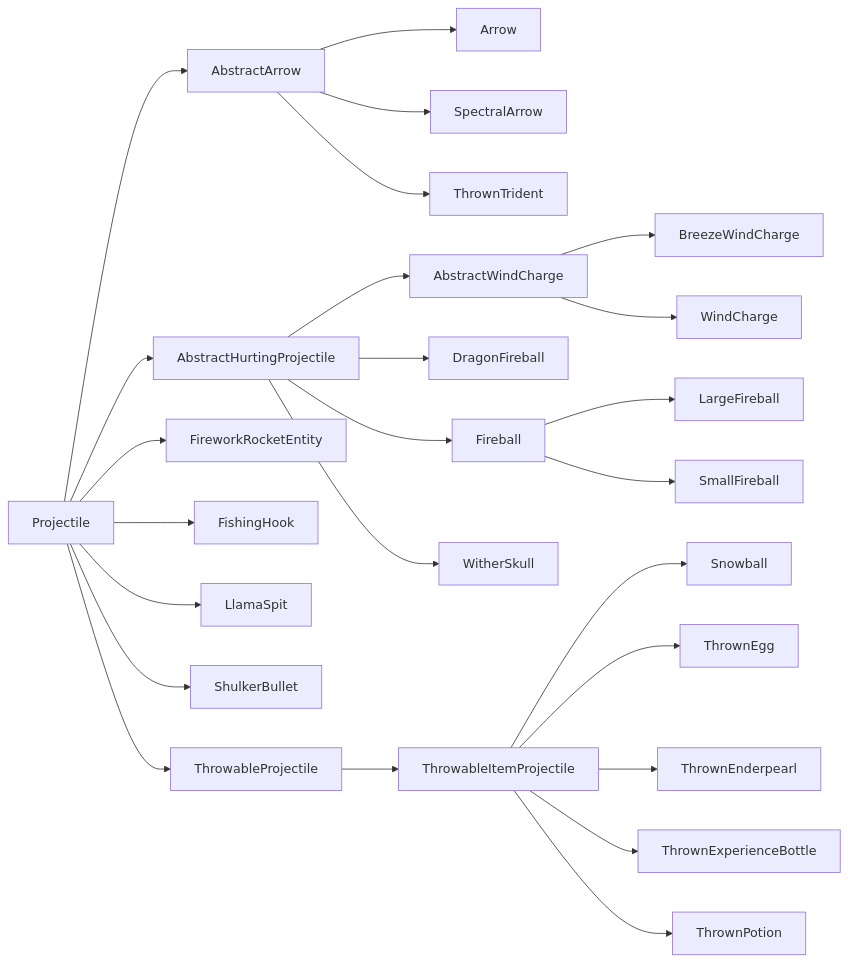
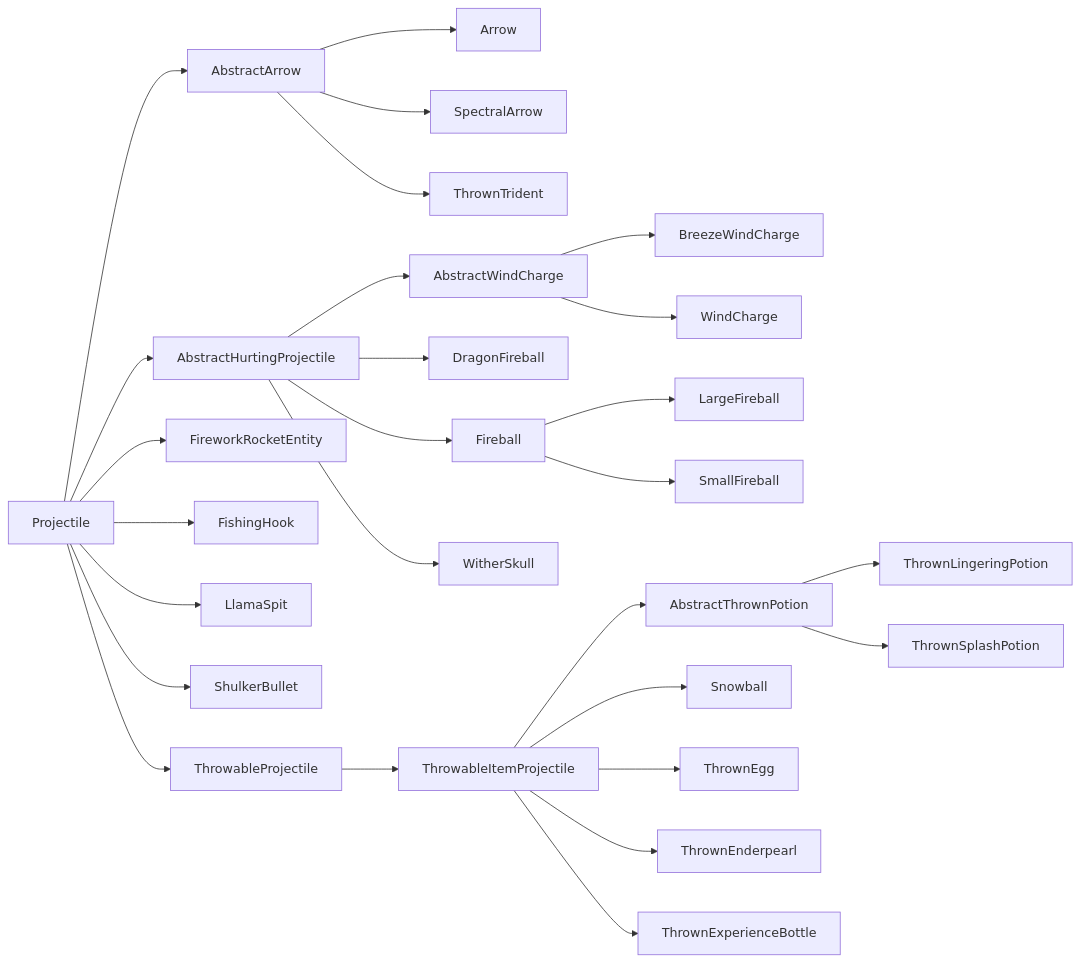
Before and after one commit to neoforged/Documentation: the second of 2 diagrams in docs/entities/index.md, drawn with Mermaid. The commit also changed other lines of this file and 135 other files, not shown here.

````diff
--- a/docs/entities/index.md
+++ b/docs/entities/index.md
@@ -389,30 +389,32 @@
 ```mermaid
 graph LR;
     Projectile-->AbstractArrow;
     AbstractArrow-->Arrow;
     AbstractArrow-->SpectralArrow;
     AbstractArrow-->ThrownTrident;
     Projectile-->AbstractHurtingProjectile;
     AbstractHurtingProjectile-->AbstractWindCharge;
     AbstractWindCharge-->BreezeWindCharge;
     AbstractWindCharge-->WindCharge;
     AbstractHurtingProjectile-->DragonFireball;
     AbstractHurtingProjectile-->Fireball;
     Fireball-->LargeFireball;
     Fireball-->SmallFireball;
     AbstractHurtingProjectile-->WitherSkull;
     Projectile-->FireworkRocketEntity;
     Projectile-->FishingHook;
     Projectile-->LlamaSpit;
     Projectile-->ShulkerBullet;
     Projectile-->ThrowableProjectile;
     ThrowableProjectile-->ThrowableItemProjectile;
+    ThrowableItemProjectile-->AbstractThrownPotion;
+    AbstractThrownPotion-->ThrownLingeringPotion;
+    AbstractThrownPotion-->ThrownSplashPotion;
     ThrowableItemProjectile-->Snowball;
     ThrowableItemProjectile-->ThrownEgg;
     ThrowableItemProjectile-->ThrownEnderpearl;
     ThrowableItemProjectile-->ThrownExperienceBottle;
-    ThrowableItemProjectile-->ThrownPotion;
 
-    class Projectile,AbstractArrow,AbstractHurtingProjectile,AbstractWindCharge,Fireball,ThrowableProjectile,ThrowableItemProjectile red;
-    class Arrow,SpectralArrow,ThrownTrident,BreezeWindCharge,WindCharge,DragonFireball,LargeFireball,SmallFireball,WitherSkull,FireworkRocketEntity,FishingHook,LlamaSpit,ShulkerBullet,Snowball,ThrownEgg,ThrownEnderpearl,ThrownExperienceBottle,ThrownPotion blue;
+    class Projectile,AbstractArrow,AbstractHurtingProjectile,AbstractWindCharge,Fireball,ThrowableProjectile,ThrowableItemProjectile,AbstractThrownPotion red;
+    class Arrow,SpectralArrow,ThrownTrident,BreezeWindCharge,WindCharge,DragonFireball,LargeFireball,SmallFireball,WitherSkull,FireworkRocketEntity,FishingHook,LlamaSpit,ShulkerBullet,Snowball,ThrownEgg,ThrownEnderpearl,ThrownExperienceBottle,ThrownLingeringPotion,ThrownSplashPotion blue;
 ```
````
